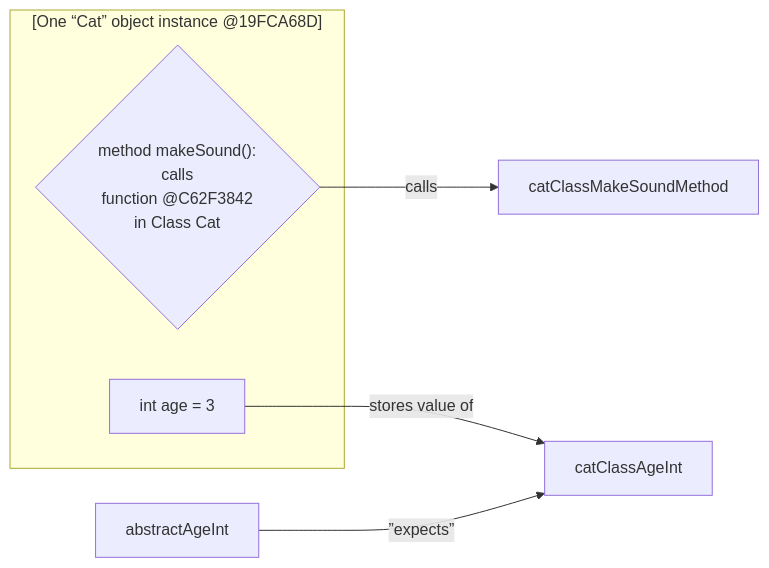
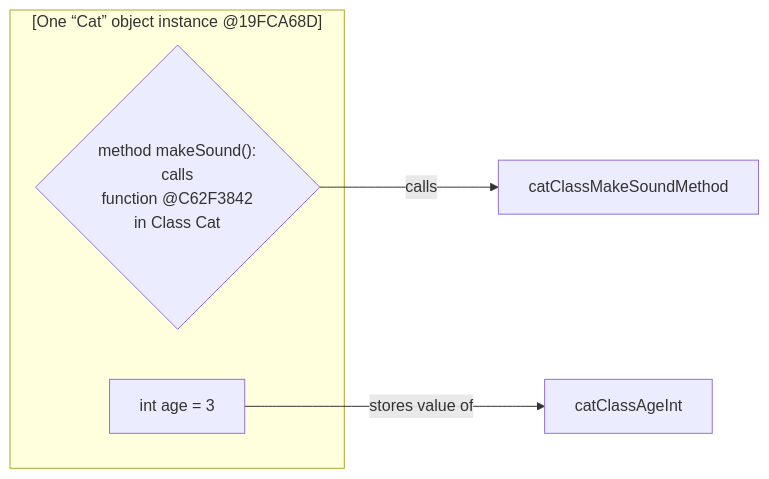
One commit to realityexpander/How_to_program_from_ground_up changed the first of 5 diagrams in 09-ClassOrientedProgramming.md. Above: the diagram before and after it, drawn with Mermaid.

Commit message:
Add to COP

````diff
--- a/09-ClassOrientedProgramming.md
+++ b/09-ClassOrientedProgramming.md
@@ -28,39 +28,39 @@
     ```mermaid
       flowchart LR
       
       catObjectMakeSoundMethodFunctionPointer -- calls --> catClassMakeSoundMethod:::Object
       catObjectAgeInt -- stores value of --> catClassAgeInt
       subgraph catObject["[One “Cat” object instance @19FCA68D]"]
           catObjectAgeInt["int age = 3"]
           catObjectMakeSoundMethodFunctionPointer{"method makeSound(): 
                                              calls 
                                        function @C62F3842
                                        in Class Cat"}
       end
-      abstractAgeInt -- ”expects” --> catClassAgeInt
+%%    abstractAgeInt -- ”expects” --> catClassAgeInt
 %%    abstractMakeSoundMethod -- “expects” --> catClassMakeSoundMethod:::Object
 %%    catClassAgeInt -- implements --> abstractAgeInt:::Abstract
 %%    subgraph classCat["class Cat extends Animal"]
 %%        catClassAgeInt["int age"]
 %%        catClassMakeSoundMethod["function @C62F3842:  
 %%                    method makeSound() =
 %%                    { print Meow }"]
 %%    end
 %%      
 %%      classCat -- creates object --> catObject:::Object
 %%      classCat -- extends --> abstractAnimal:::Abstract
 %%      catClassMakeSoundMethod -- implements --> abstractMakeSoundMethod:::Abstract
 %%      subgraph abstractAnimal["abstract class Animal"]
 %%        abstractAgeInt["abstract int age"]
 %%        abstractMakeSoundMethod["abstract method 
 %%                                 makeSound()"]
 %%      end
 %%      
 %%      classDef Abstract fill:#222, stroke:#0F0, stroke-width:1px, color:#fff, stroke-dasharray: 5 5
 %%      classDef Class fill:#444, stroke:#00F, stroke-width:1px, color:#000, stroke-dasharray: 5 5
 %%      style classCat fill:#444, stroke:#DDD, stroke-width:1px, color:#000, stroke-dasharray: 5 5
 %%      style catClassAgeInt fill:#444, stroke:#DDD, stroke-width:1px, color:#FFF, stroke-dasharray: 5 5
 %%      classDef Object fill:#55F, stroke:#FFF, stroke-width:3px, color:#fff
 %%      style catObjectAgeInt fill:#55F, stroke:#FFF, stroke-width:3px, color:#fff
 %%      style catObjectMakeSoundMethodFunctionPointer fill:#222, stroke:#DDD, stroke-width:1px, color:#000, stroke-dasharray: 5 5
     ```
````
